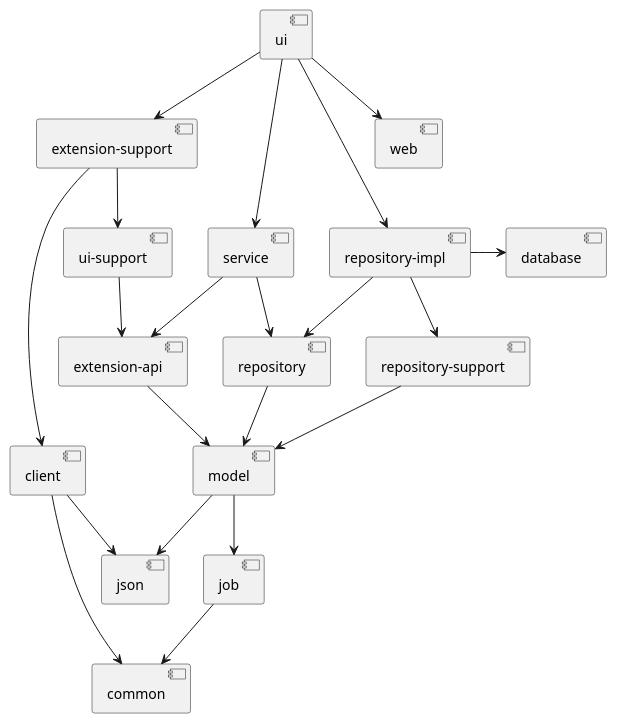
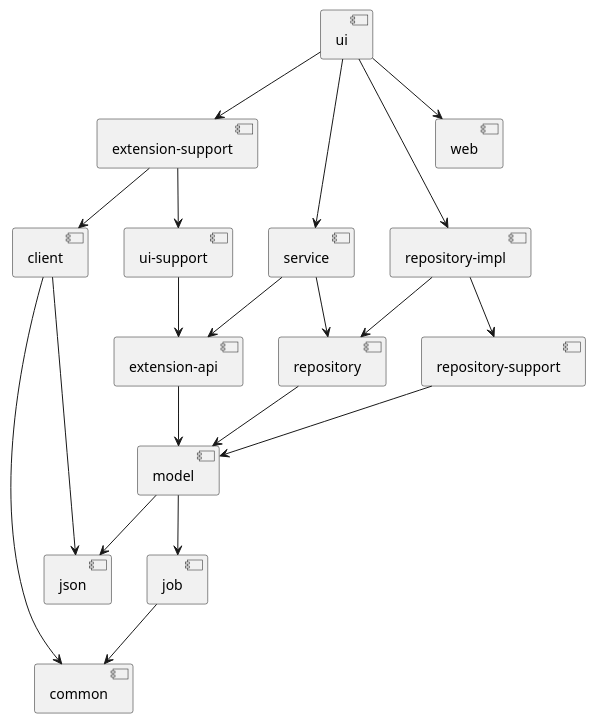
The diagram in ontrack-docs/src/docs/asciidoc/modules.puml (nemerosa/ontrack), drawn with PlantUML before and after one commit. The commit also changed 3 other files, not shown here.

```diff
--- a/ontrack-docs/src/docs/asciidoc/modules.puml
+++ b/ontrack-docs/src/docs/asciidoc/modules.puml
@@ -1,49 +1,47 @@
 @startuml
 component [client]
 component [common]
-component [database]
 component [extension-api]
 component [extension-support]
 component [job]
 component [json]
 component [model]
 component [repository]
 component [repository-impl]
 component [repository-support]
 component [service]
 component [ui]
 component [ui-support]
 component [web]
 
 [client] --> [common]
 [client] --> [json]
 
 [extension-api] --> [model]
 
 [extension-support] --> [client]
 [extension-support] --> [ui-support]
 
 [job] --> [common]
 
 [model] --> [json]
 [model] --> [job]
 
 [repository] --> [model]
 
-[repository-impl] -right-> [database]
 [repository-impl] --> [repository]
 [repository-impl] --> [repository-support]
 
 [repository-support] --> [model]
 
 [service] --> [repository]
 [service] --> [extension-api]
 
 [ui] --> [extension-support]
 [ui] --> [service]
 [ui] --> [repository-impl]
 [ui] --> [web]
 
 [ui-support] --> [extension-api]
 
 @enduml
```
